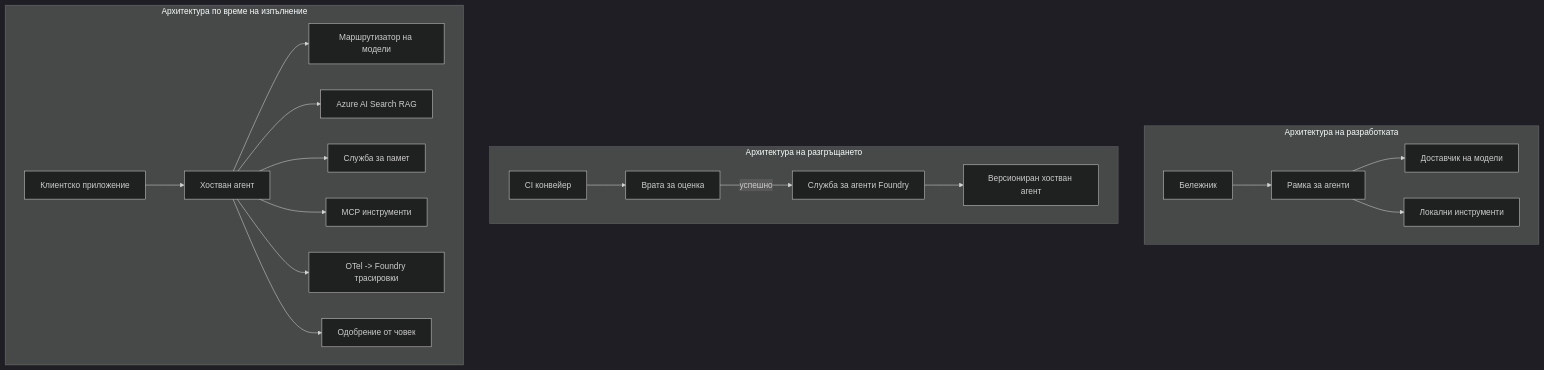
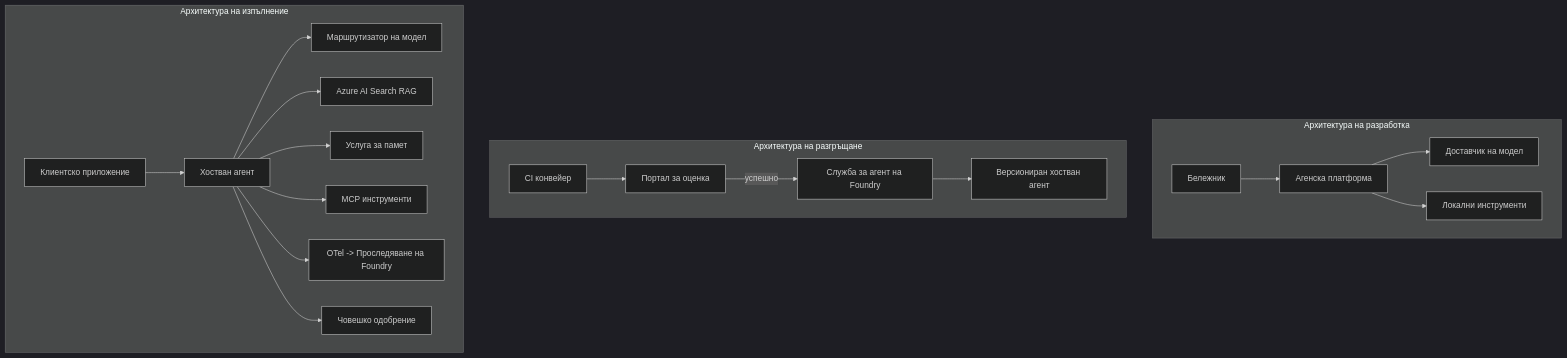
The fourth of 4 diagrams in mirrors/repos/microsoft@ai-agents-for-beginners/translations/bg/16-deploying-scalable-agents/README.md (gabrielmoreira/agent-skills-mirror), drawn with Mermaid (dark theme) before and after one commit. The commit also changed other lines of this file and 3581 other files, not shown here.

````diff
--- a/mirrors/repos/microsoft@ai-agents-for-beginners/translations/bg/16-deploying-scalable-agents/README.md
+++ b/mirrors/repos/microsoft@ai-agents-for-beginners/translations/bg/16-deploying-scalable-agents/README.md
@@ -185,22 +185,22 @@
 ```mermaid
 flowchart TB
-    subgraph Dev[Архитектура на разработката]
-        D1[Бележник] --> D2[Рамка за агенти]
-        D2 --> D3[Доставчик на модели]
+    subgraph Dev[Архитектура на разработка]
+        D1[Бележник] --> D2[Агенска платформа]
+        D2 --> D3[Доставчик на модел]
         D2 --> D4[Локални инструменти]
     end
-    subgraph Deploy[Архитектура на разгръщането]
-        E1[CI конвейер] --> E2[Врата за оценка]
-        E2 -->|успешно| E3[Служба за агенти Foundry]
+    subgraph Deploy[Архитектура на разгръщане]
+        E1[CI конвейер] --> E2[Портал за оценка]
+        E2 -->|успешно| E3[Служба за агент на Foundry]
         E3 --> E4[Версиониран хостван агент]
     end
-    subgraph Run[Архитектура по време на изпълнение]
+    subgraph Run[Архитектура на изпълнение]
         F1[Клиентско приложение] --> F2[Хостван агент]
-        F2 --> F3[Маршрутизатор на модели]
+        F2 --> F3[Маршрутизатор на модел]
         F2 --> F4[Azure AI Search RAG]
-        F2 --> F5[Служба за памет]
+        F2 --> F5[Услуга за памет]
         F2 --> F6[MCP инструменти]
-        F2 --> F7[OTel -> Foundry трасировки]
-        F2 --> F8[Одобрение от човек]
+        F2 --> F7[OTel -> Проследяване на Foundry]
+        F2 --> F8[Човешко одобрение]
     end
 ```
````
